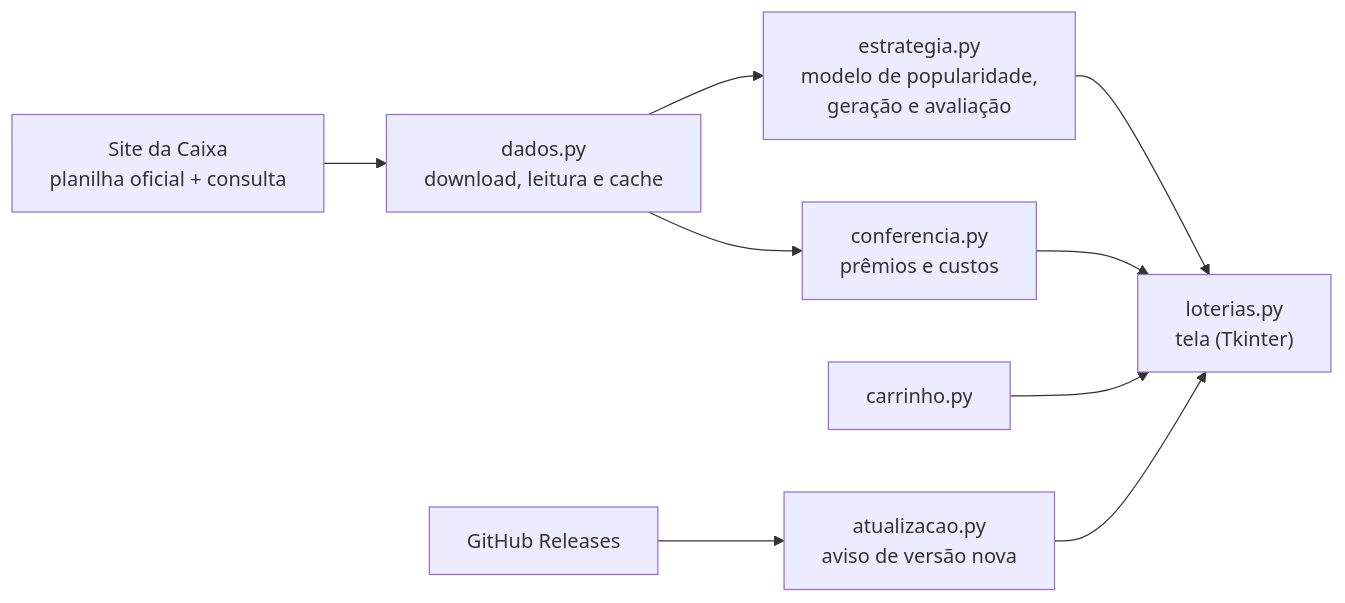
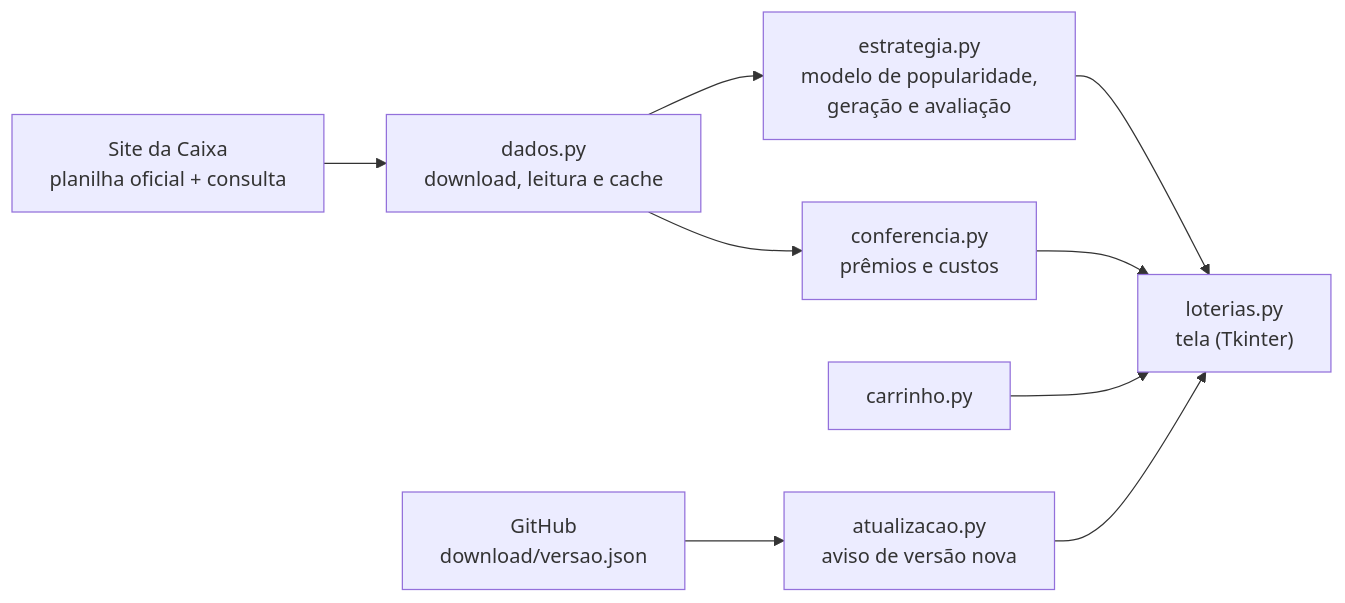
One commit to hericsaliby/bolao-lotericas changed the diagram in README.md. Above: the diagram before and after it, drawn with Mermaid. The commit also changed other lines of this file and 6 other files, not shown here.

First line of the commit message:
Versão 1.0.0: zip para download e aviso de versão pelo repositório

````diff
--- a/README.md
+++ b/README.md
@@ -59,10 +59,10 @@
 ```mermaid
 flowchart LR
     caixa["Site da Caixa<br/>planilha oficial + consulta"] --> dados["dados.py<br/>download, leitura e cache"]
     dados --> estrategia["estrategia.py<br/>modelo de popularidade,<br/>geração e avaliação"]
     dados --> conferencia["conferencia.py<br/>prêmios e custos"]
     estrategia --> tela["loterias.py<br/>tela (Tkinter)"]
     conferencia --> tela
     carrinho["carrinho.py"] --> tela
-    github["GitHub Releases"] --> atualizacao["atualizacao.py<br/>aviso de versão nova"] --> tela
+    github["GitHub<br/>download/versao.json"] --> atualizacao["atualizacao.py<br/>aviso de versão nova"] --> tela
 ```
````
